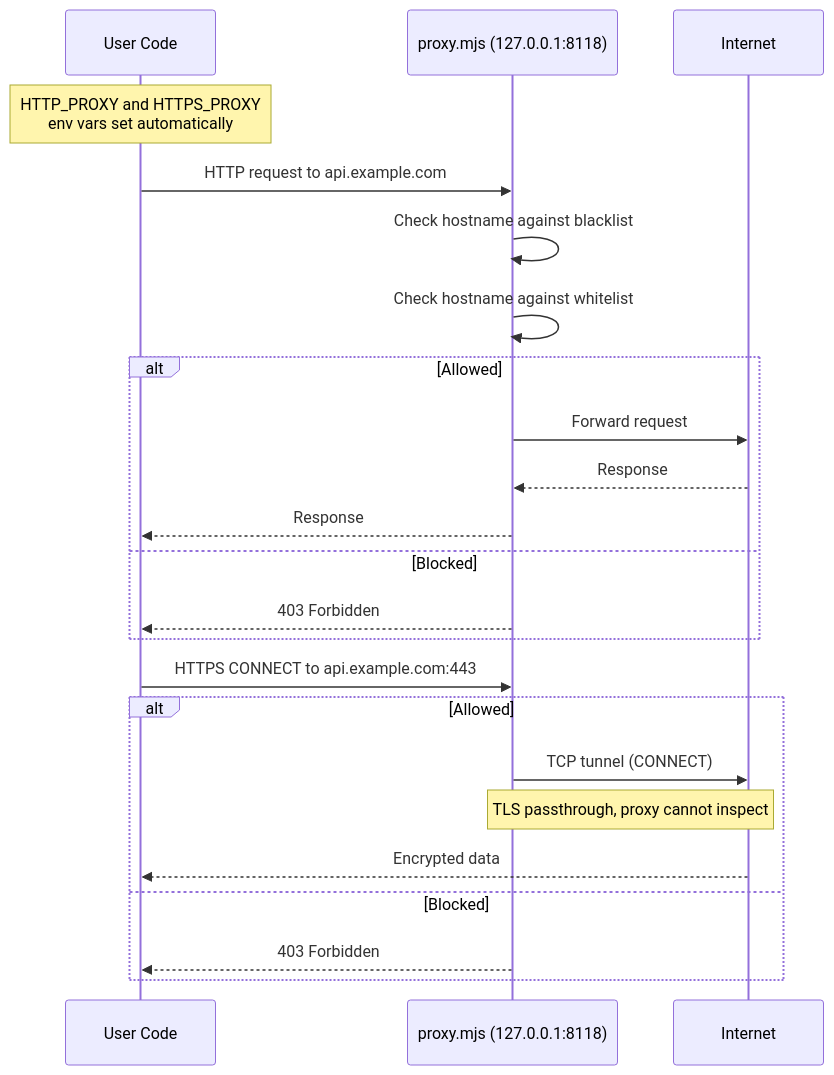
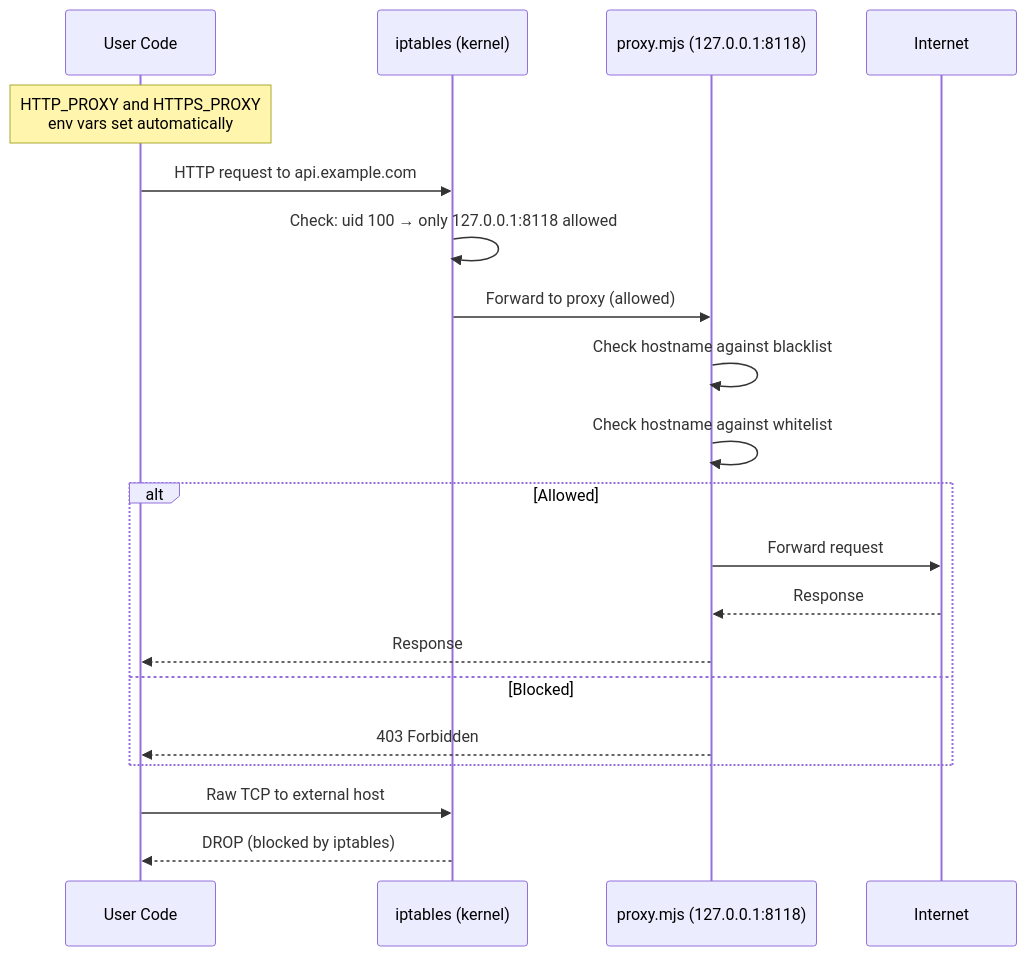
One commit to Illusion47586/isol8 changed the seventh of 10 diagrams in docs/architecture.mdx. Above: the diagram before and after it, drawn with Mermaid. The commit also changed other lines of this file and 16 other files, not shown here.

First line of the commit message:
fix: enforce network filtering with iptables to prevent raw socket bypass

````diff
--- a/docs/architecture.mdx
+++ b/docs/architecture.mdx
@@ -259,29 +259,26 @@
 ```mermaid
 sequenceDiagram
     participant Code as User Code
+    participant IPT as iptables (kernel)
     participant Proxy as proxy.mjs (127.0.0.1:8118)
     participant Internet
 
     Note over Code: HTTP_PROXY and HTTPS_PROXY<br/>env vars set automatically
 
-    Code->>Proxy: HTTP request to api.example.com
+    Code->>IPT: HTTP request to api.example.com
+    IPT->>IPT: Check: uid 100 → only 127.0.0.1:8118 allowed
+    IPT->>Proxy: Forward to proxy (allowed)
     Proxy->>Proxy: Check hostname against blacklist
     Proxy->>Proxy: Check hostname against whitelist
 
     alt Allowed
         Proxy->>Internet: Forward request
         Internet-->>Proxy: Response
         Proxy-->>Code: Response
     else Blocked
         Proxy-->>Code: 403 Forbidden
     end
 
-    Code->>Proxy: HTTPS CONNECT to api.example.com:443
-    alt Allowed
-        Proxy->>Internet: TCP tunnel (CONNECT)
-        Note over Proxy,Internet: TLS passthrough, proxy cannot inspect
-        Internet-->>Code: Encrypted data
-    else Blocked
-        Proxy-->>Code: 403 Forbidden
-    end
+    Code->>IPT: Raw TCP to external host
+    IPT-->>Code: DROP (blocked by iptables)
 ```
````
